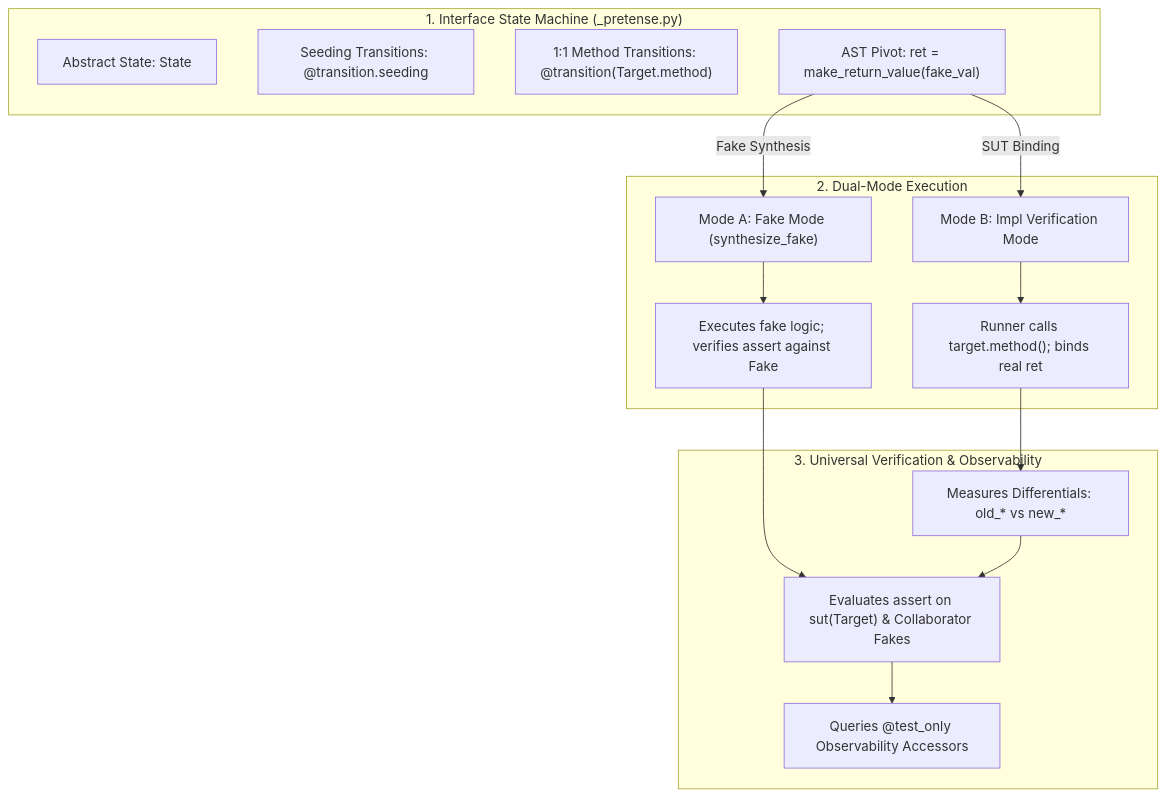
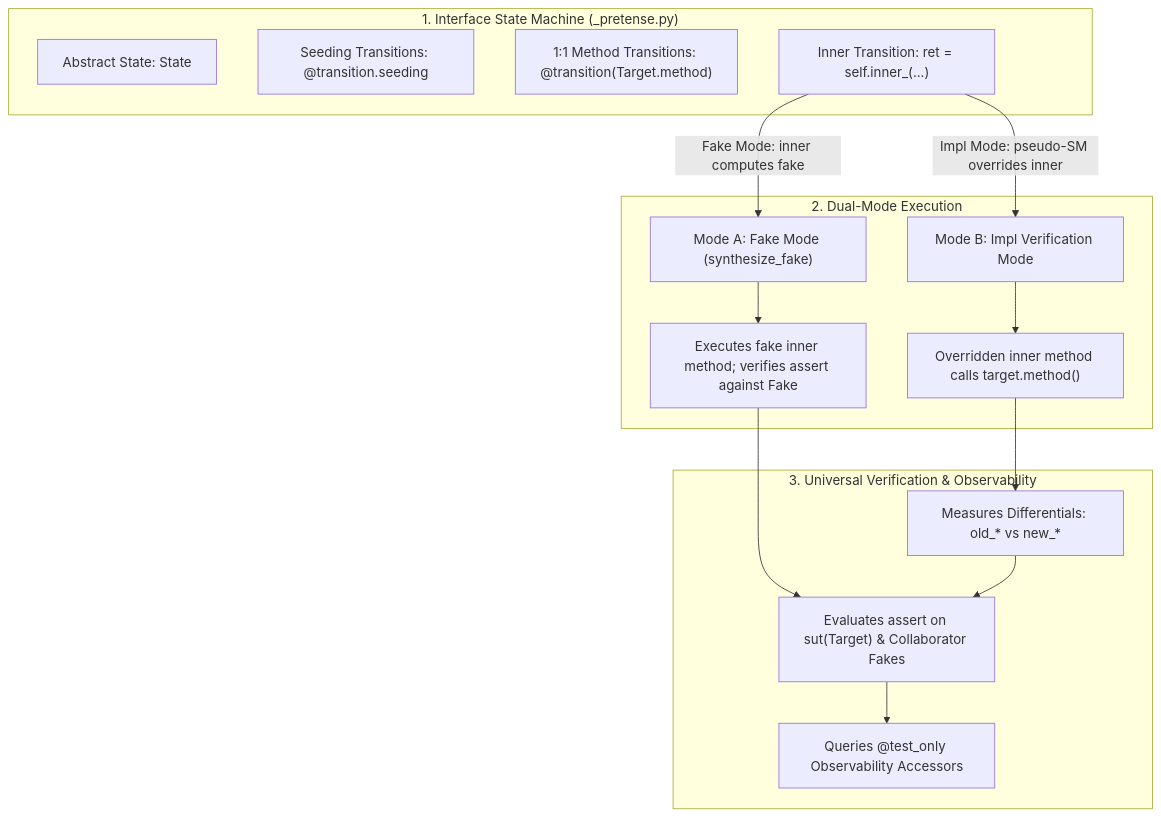
The first of 2 diagrams in design-docs/pretense.md (mcdirmid/cleanroom), drawn with Mermaid before and after one commit. The commit also changed other lines of this file and 137 other files, not shown here.

First line of the commit message:
feat(pretense): eliminate make_return_value and port benchmark suites to inner transitions

````diff
--- a/design-docs/pretense.md
+++ b/design-docs/pretense.md
@@ -362,28 +362,28 @@
 ```mermaid
 flowchart TD
     subgraph S1["1. Interface State Machine (<name>_pretense.py)"]
         A1["Abstract State: <Iface>State"]
         A2["Seeding Transitions: @transition.seeding"]
         A3["1:1 Method Transitions: @transition(Target.method)"]
-        A4["AST Pivot: ret = make_return_value(fake_val)"]
+        A4["Inner Transition: ret = self.inner_<method>(...)"]
     end
 
     subgraph S2["2. Dual-Mode Execution"]
         B1["Mode A: Fake Mode (synthesize_fake)"]
         B2["Mode B: Impl Verification Mode"]
-        A4 -->|Fake Synthesis| B1
-        A4 -->|SUT Binding| B2
-        B1 --> C1["Executes fake logic; verifies assert against Fake"]
-        B2 --> C2["Runner calls target.method(); binds real ret"]
+        A4 -->|Fake Mode: inner computes fake| B1
+        A4 -->|Impl Mode: pseudo-SM overrides inner| B2
+        B1 --> C1["Executes fake inner method; verifies assert against Fake"]
+        B2 --> C2["Overridden inner method calls target.method()"]
     end
 
     subgraph S3["3. Universal Verification & Observability"]
         D1["Measures Differentials: old_* vs new_*"]
         D2["Evaluates assert on sut(Target) & Collaborator Fakes"]
         D3["Queries @test_only Observability Accessors"]
         C1 --> D2
         C2 --> D1
         D1 --> D2
         D2 --> D3
     end
 ```
````
